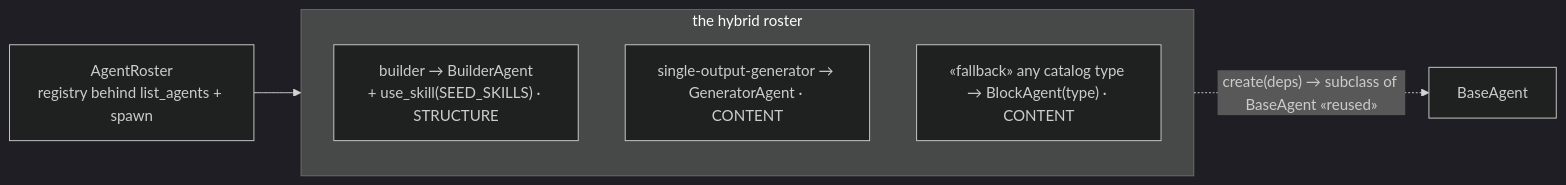
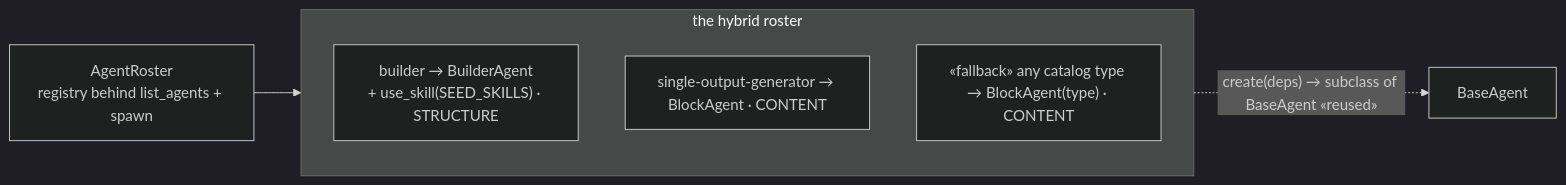
The second of 2 diagrams in docs/browser-agent/design/harness-interfaces.md (lemoncloud-io/eureka-flow), drawn with Mermaid (dark theme) before and after one commit. The commit also changed other lines of this file and 4 other files, not shown here.

First line of the commit message:
docs(agent): doc↔code accuracy pass for PR + local-terminal diagrams

````diff
--- a/docs/browser-agent/design/harness-interfaces.md
+++ b/docs/browser-agent/design/harness-interfaces.md
@@ -327,12 +327,12 @@
 ```mermaid
 flowchart LR
     RA["AgentRoster<br/>registry behind list_agents + spawn"]
     subgraph HY["the hybrid roster"]
         direction TB
         B["builder → BuilderAgent<br/>+ use_skill(SEED_SKILLS) · STRUCTURE"]
-        G["single-output-generator → GeneratorAgent · CONTENT"]
+        G["single-output-generator → BlockAgent · CONTENT"]
         F["«fallback» any catalog type → BlockAgent(type) · CONTENT"]
     end
     RA --> HY
     HY -. "create(deps) → subclass of BaseAgent «reused»" .-> BASE["BaseAgent"]
 ```
````
